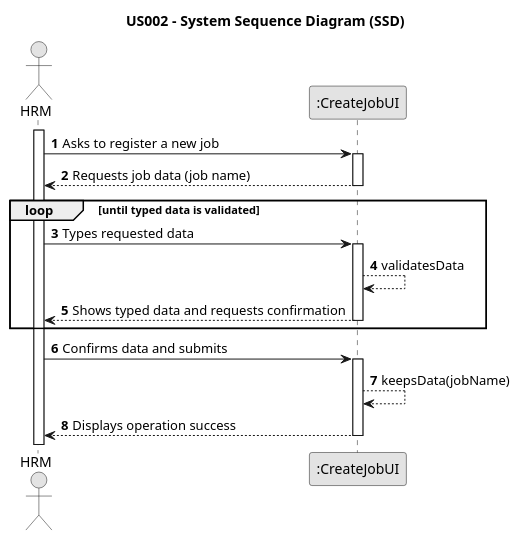
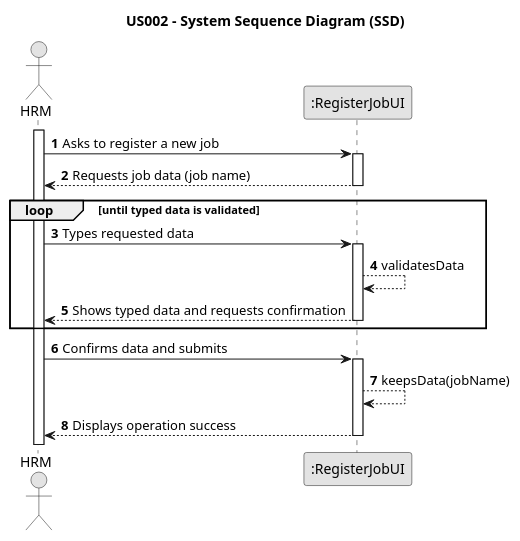
One commit to Rui-San/LAPR2_2023_2024 changed the diagram in docs/sprintB/us002/01.requirements-engineering/puml/us002-system-sequence-diagram.puml. Above: the diagram before and after it, drawn with PlantUML. The commit also changed 1 other file, not shown here.

Commit message:
US002 - Class Diagram

```diff
--- a/docs/sprintB/us002/01.requirements-engineering/puml/us002-system-sequence-diagram.puml
+++ b/docs/sprintB/us002/01.requirements-engineering/puml/us002-system-sequence-diagram.puml
@@ -1,33 +1,33 @@
     @startuml
 skinparam monochrome true
 skinparam packageStyle rectangle
 skinparam shadowing false
 
 title US002 - System Sequence Diagram (SSD)
 
 autonumber
 
 actor "HRM" as Employee
-participant ":CreateJobUI" as System
+participant ":RegisterJobUI" as System
 
 activate Employee
 
     Employee -> System : Asks to register a new job
     activate System
 
         System --> Employee : Requests job data (job name)
     deactivate System
     loop until typed data is validated
     Employee -> System : Types requested data
     activate System
         System --> System : validatesData
         System --> Employee : Shows typed data and requests confirmation
     deactivate System
     end
     Employee -> System : Confirms data and submits
     activate System
         System --> System : keepsData(jobName)
         System --> Employee : Displays operation success
     deactivate System
 
 @enduml
```
